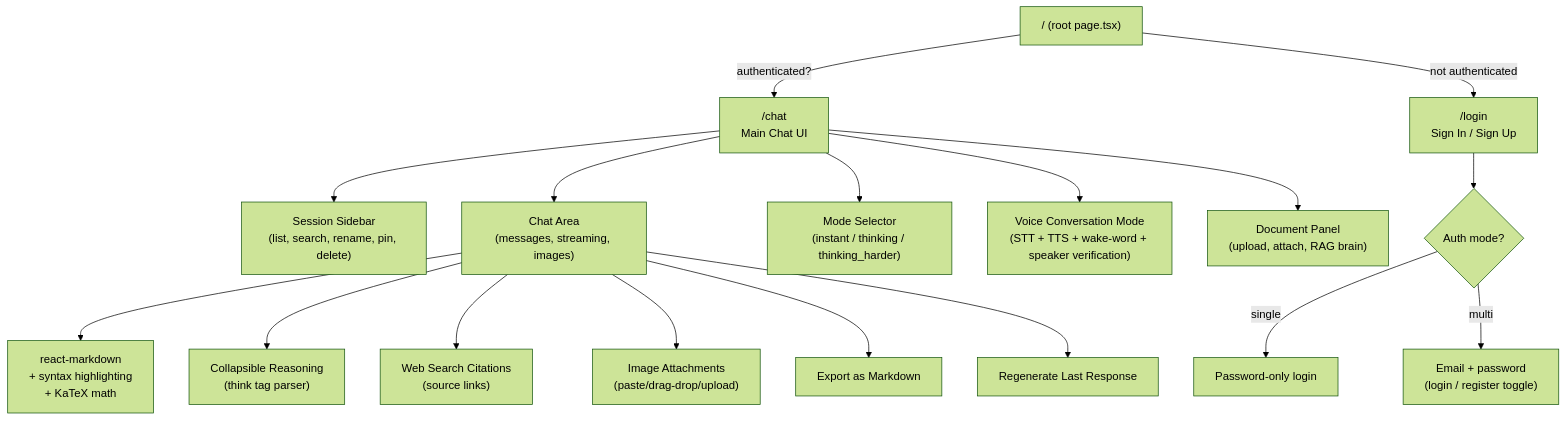
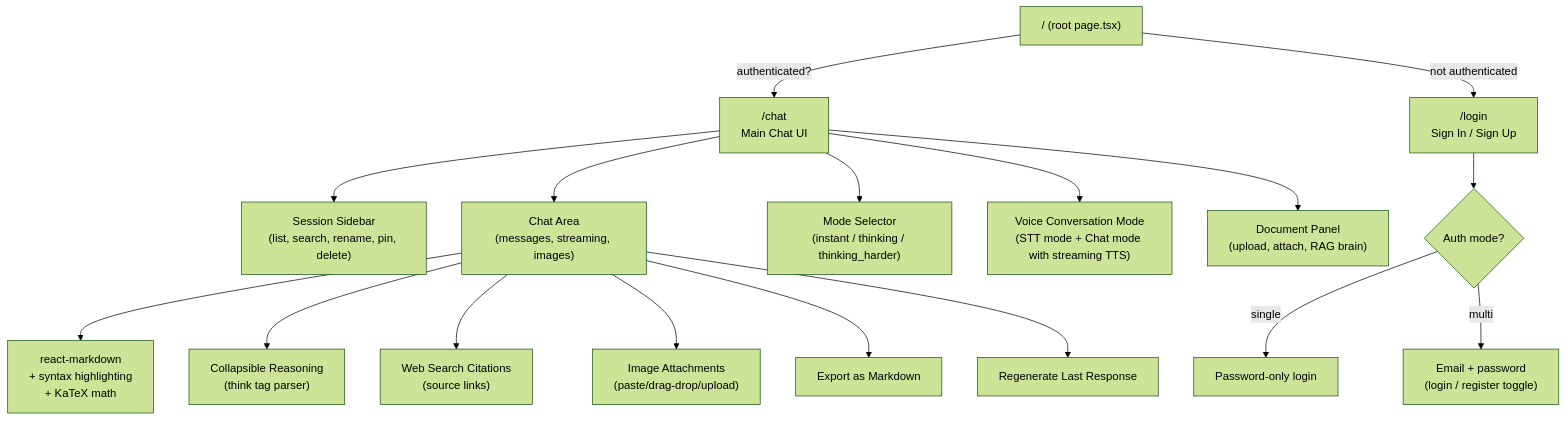
Diagram 12 of 14 in full_system_architecture_map_730d3d3f.plan.md (Jimmy6929/Molebie_AI), drawn with Mermaid (forest theme) before and after one commit. The commit also changed other lines of this file, not shown here.

First line of the commit message:
Update architecture doc: voice flow, RAG metrics, APIs

````diff
--- a/full_system_architecture_map_730d3d3f.plan.md
+++ b/full_system_architecture_map_730d3d3f.plan.md
@@ -630,23 +647,23 @@
 ```mermaid
 flowchart TD
     Root["/ (root page.tsx)"]
     Root -->|"authenticated?"| Chat["/chat\nMain Chat UI"]
     Root -->|"not authenticated"| Login["/login\nSign In / Sign Up"]
 
     Login --> AuthMode{"Auth mode?"}
     AuthMode -->|"single"| SingleAuth["Password-only login"]
     AuthMode -->|"multi"| MultiAuth["Email + password\n(login / register toggle)"]
 
     Chat --> Sidebar["Session Sidebar\n(list, search, rename, pin, delete)"]
     Chat --> ChatArea["Chat Area\n(messages, streaming, images)"]
     Chat --> ModeSelect["Mode Selector\n(instant / thinking / thinking_harder)"]
-    Chat --> VoiceMode["Voice Conversation Mode\n(STT + TTS + wake-word + speaker verification)"]
+    Chat --> VoiceMode["Voice Conversation Mode\n(STT mode + Chat mode with streaming TTS)"]
     Chat --> DocPanel["Document Panel\n(upload, attach, RAG brain)"]
 
     ChatArea --> Markdown["react-markdown\n+ syntax highlighting\n+ KaTeX math"]
     ChatArea --> ThinkBlock["Collapsible Reasoning\n(think tag parser)"]
     ChatArea --> Sources["Web Search Citations\n(source links)"]
     ChatArea --> ImageView["Image Attachments\n(paste/drag-drop/upload)"]
     ChatArea --> Export["Export as Markdown"]
     ChatArea --> Regen["Regenerate Last Response"]
 ```
````
